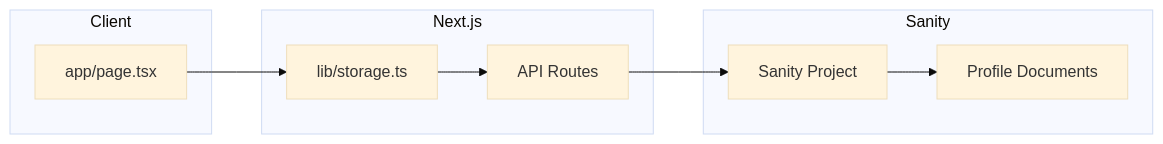
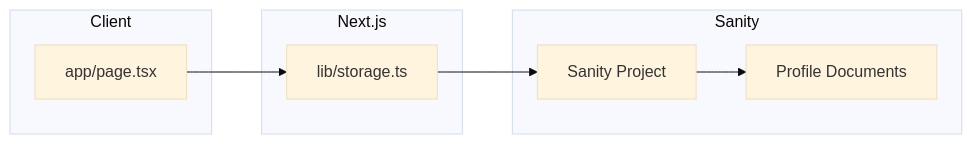
One commit to leoschiemann-sudo/vibespace changed the diagram in plans/sanity-migration-plan.md. Above: the diagram before and after it, drawn with Mermaid (base theme). The commit also changed other lines of this file and 7 other files, not shown here.

````diff
--- a/plans/sanity-migration-plan.md
+++ b/plans/sanity-migration-plan.md
@@ -8,21 +7,19 @@
 ```mermaid
 flowchart LR
     subgraph Client
         A[app/page.tsx]
     end
     
     subgraph Next.js
         B[lib/storage.ts]
-        C[API Routes]
     end
     
     subgraph Sanity
         D[Sanity Project]
         E[Profile Documents]
     end
     
     A --> B
-    B --> C
-    C --> D
+    B --> D
     D --> E
 ```
````
